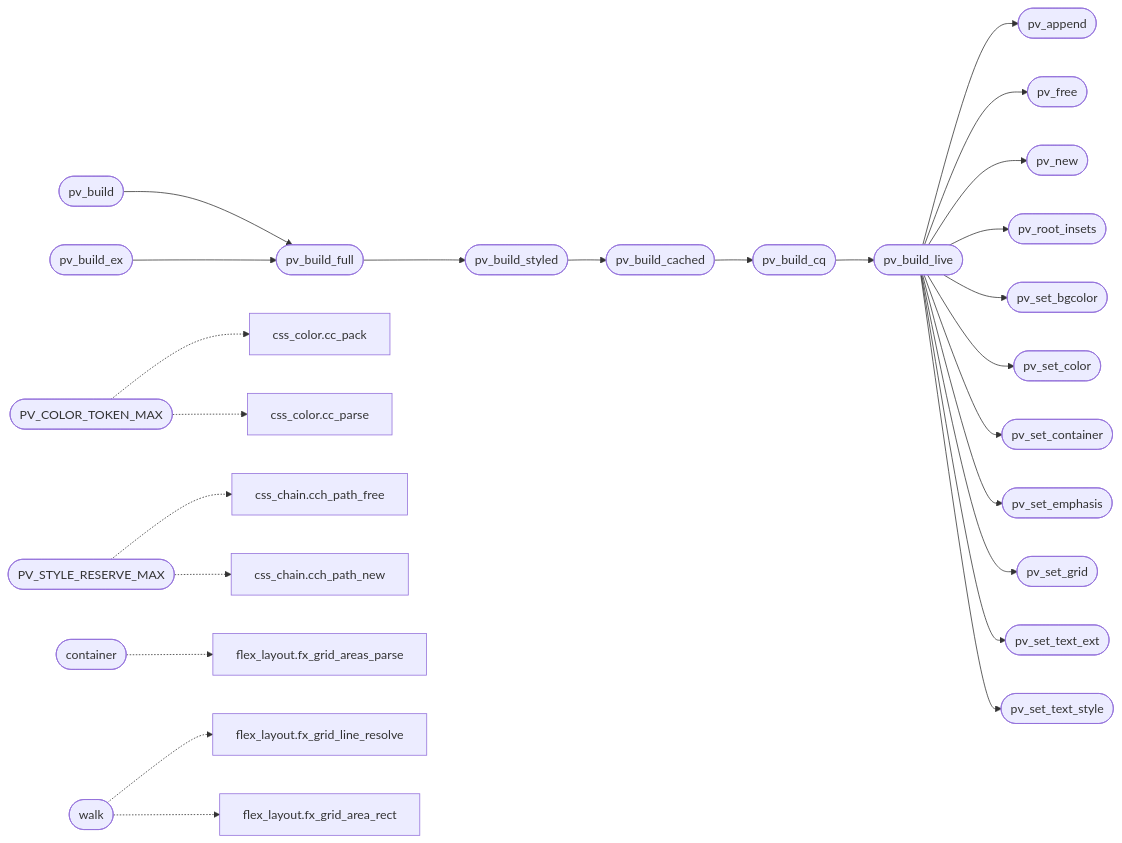
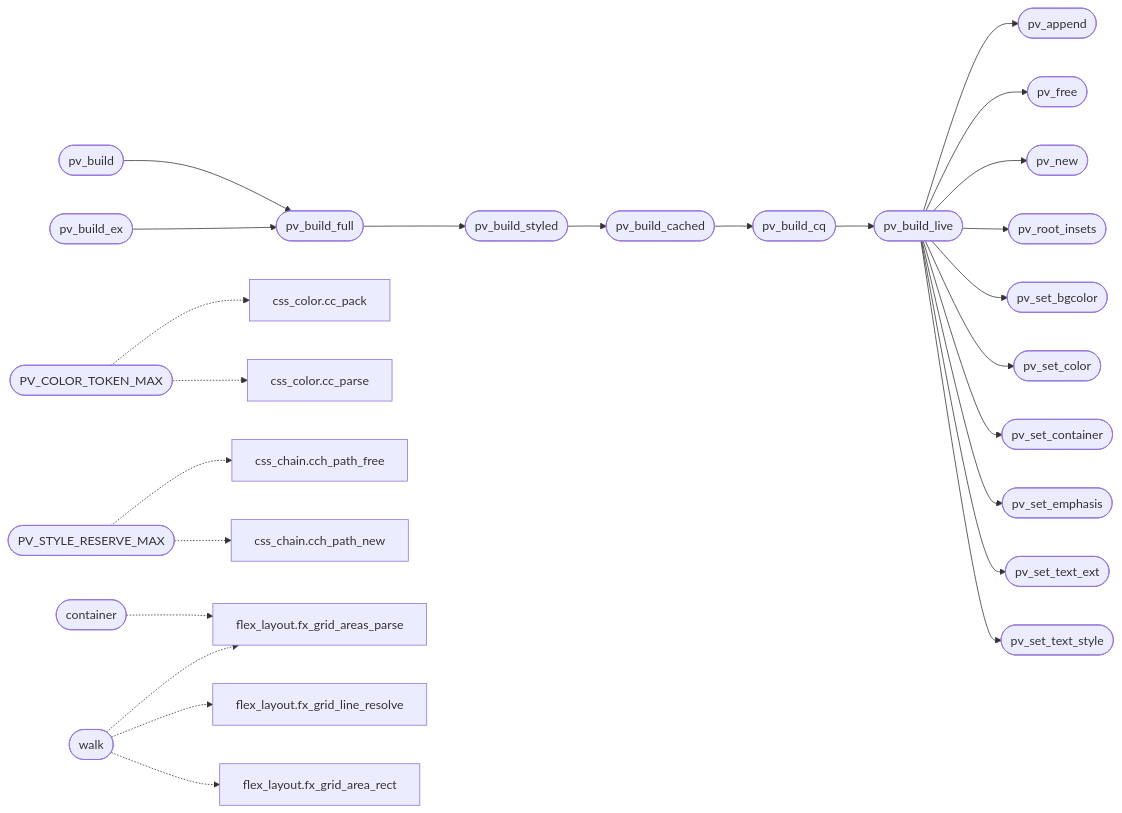
Before and after one commit to grisuno/FreeDom: the second of 2 diagrams in readmenator-apidocs/modules/src.page_view.c.md, drawn with Mermaid. The commit also changed other lines of this file and 186 other files, not shown here.

````diff
--- a/readmenator-apidocs/modules/src.page_view.c.md
+++ b/readmenator-apidocs/modules/src.page_view.c.md
@@ -69,56 +69,55 @@
 ```mermaid
 flowchart LR
     n_src_page_view_c__pv_build(["pv_build"])
     n_src_page_view_c__pv_build_full(["pv_build_full"])
     n_src_page_view_c__pv_build_ex(["pv_build_ex"])
     n_src_page_view_c__pv_build_styled(["pv_build_styled"])
     n_src_page_view_c__pv_build_cached(["pv_build_cached"])
     n_src_page_view_c__pv_build_cq(["pv_build_cq"])
     n_src_page_view_c__pv_build_live(["pv_build_live"])
     n_src_page_view_c__pv_append(["pv_append"])
     n_src_page_view_c__pv_free(["pv_free"])
     n_src_page_view_c__pv_new(["pv_new"])
     n_src_page_view_c__pv_root_insets(["pv_root_insets"])
     n_src_page_view_c__pv_set_bgcolor(["pv_set_bgcolor"])
     n_src_page_view_c__pv_set_color(["pv_set_color"])
     n_src_page_view_c__pv_set_container(["pv_set_container"])
     n_src_page_view_c__pv_set_emphasis(["pv_set_emphasis"])
-    n_src_page_view_c__pv_set_grid(["pv_set_grid"])
     n_src_page_view_c__pv_set_text_ext(["pv_set_text_ext"])
     n_src_page_view_c__pv_set_text_style(["pv_set_text_style"])
     n_src_page_view_c__PV_COLOR_TOKEN_MAX(["PV_COLOR_TOKEN_MAX"])
     n_include_css_color_h__cc_pack["css_color.cc_pack"]
     n_src_css_color_c__cc_parse["css_color.cc_parse"]
     n_src_page_view_c__PV_STYLE_RESERVE_MAX(["PV_STYLE_RESERVE_MAX"])
     n_include_css_chain_h__cch_path_free["css_chain.cch_path_free"]
     n_include_css_chain_h__cch_path_new["css_chain.cch_path_new"]
     n_src_page_view_c__container(["container"])
     n_src_flex_layout_c__fx_grid_areas_parse["flex_layout.fx_grid_areas_parse"]
     n_src_page_view_c__walk(["walk"])
     n_include_flex_layout_h__fx_grid_line_resolve["flex_layout.fx_grid_line_resolve"]
     n_src_flex_layout_c__fx_grid_area_rect["flex_layout.fx_grid_area_rect"]
     n_src_page_view_c__pv_build --> n_src_page_view_c__pv_build_full
     n_src_page_view_c__pv_build_ex --> n_src_page_view_c__pv_build_full
     n_src_page_view_c__pv_build_full --> n_src_page_view_c__pv_build_styled
     n_src_page_view_c__pv_build_styled --> n_src_page_view_c__pv_build_cached
     n_src_page_view_c__pv_build_cached --> n_src_page_view_c__pv_build_cq
     n_src_page_view_c__pv_build_cq --> n_src_page_view_c__pv_build_live
     n_src_page_view_c__pv_build_live --> n_src_page_view_c__pv_append
     n_src_page_view_c__pv_build_live --> n_src_page_view_c__pv_free
     n_src_page_view_c__pv_build_live --> n_src_page_view_c__pv_new
     n_src_page_view_c__pv_build_live --> n_src_page_view_c__pv_root_insets
     n_src_page_view_c__pv_build_live --> n_src_page_view_c__pv_set_bgcolor
     n_src_page_view_c__pv_build_live --> n_src_page_view_c__pv_set_color
     n_src_page_view_c__pv_build_live --> n_src_page_view_c__pv_set_container
     n_src_page_view_c__pv_build_live --> n_src_page_view_c__pv_set_emphasis
-    n_src_page_view_c__pv_build_live --> n_src_page_view_c__pv_set_grid
     n_src_page_view_c__pv_build_live --> n_src_page_view_c__pv_set_text_ext
     n_src_page_view_c__pv_build_live --> n_src_page_view_c__pv_set_text_style
     n_src_page_view_c__PV_COLOR_TOKEN_MAX -.-> n_include_css_color_h__cc_pack
     n_src_page_view_c__PV_COLOR_TOKEN_MAX -.-> n_src_css_color_c__cc_parse
     n_src_page_view_c__PV_STYLE_RESERVE_MAX -.-> n_include_css_chain_h__cch_path_free
     n_src_page_view_c__PV_STYLE_RESERVE_MAX -.-> n_include_css_chain_h__cch_path_new
     n_src_page_view_c__container -.-> n_src_flex_layout_c__fx_grid_areas_parse
     n_src_page_view_c__walk -.-> n_include_flex_layout_h__fx_grid_line_resolve
     n_src_page_view_c__walk -.-> n_src_flex_layout_c__fx_grid_area_rect
+    n_src_page_view_c__walk -.-> n_src_flex_layout_c__fx_grid_areas_parse
 ```
````
